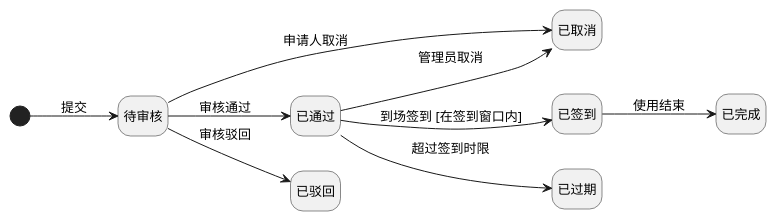
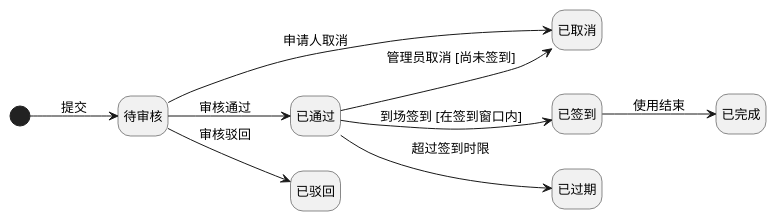
One commit to bhadaljf/32406300118 changed the diagram in diagrams/03_预约申请状态图.puml. Above: the diagram before and after it, drawn with PlantUML. The commit also changed 4 other files, not shown here.

```diff
--- a/diagrams/03_预约申请状态图.puml
+++ b/diagrams/03_预约申请状态图.puml
@@ -1,17 +1,17 @@
 @startuml
 skinparam monochrome true
 skinparam shadowing false
 skinparam defaultFontName "Microsoft YaHei"
 skinparam defaultFontSize 13
 hide empty description
 left to right direction
 
 [*] --> 待审核 : 提交
 待审核 --> 已通过 : 审核通过
 待审核 --> 已驳回 : 审核驳回
 待审核 --> 已取消 : 申请人取消
 已通过 --> 已签到 : 到场签到 [在签到窗口内]
 已通过 --> 已过期 : 超过签到时限
-已通过 --> 已取消 : 管理员取消
+已通过 --> 已取消 : 管理员取消 [尚未签到]
 已签到 --> 已完成 : 使用结束
 @enduml
```
